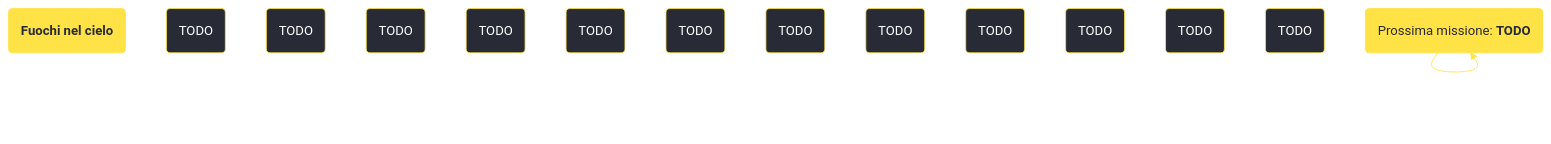
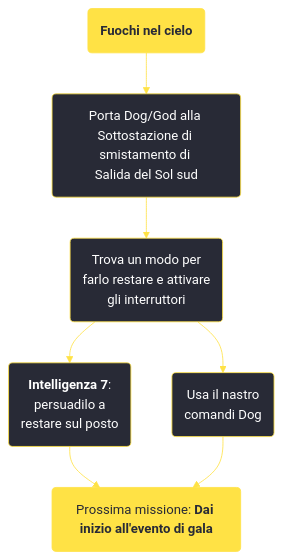
The diagram in content/voci/fallout new vegas/missioni/Fuochi nel cielo.md (persy/wastelander), drawn with Mermaid before and after one commit. The commit also changed 174 other files, not shown here.

````diff
--- a/content/voci/fallout new vegas/missioni/Fuochi nel cielo.md
+++ b/content/voci/fallout new vegas/missioni/Fuochi nel cielo.md
@@ -32,24 +32,15 @@
 ```mermaid
 %%{init: {'theme': 'base', 'themeVariables': { 'primaryColor': '#282a36', 'primaryBorderColor': '#ffe245', 'primaryTextColor': '#fff', 'lineColor': '#ffe245', 'fontFamily': 'Jura'}}}%%
 graph TD;
     id1(<b>Fuochi nel cielo</b>):::questfnv
-    id2(TODO)
-    id3(TODO)
-    id4(TODO)
-    id5(TODO)
-    id6(TODO)
-    id7(TODO) 
-    id8(TODO)
-    id9(TODO)
-    id10(TODO)
-    id11(TODO)
-    id12(TODO)
-    id13(TODO) 
-    id(TODO):::rewardfnv
-    id(Prossima missione: <b>TODO</b>):::questfnv
-    id-->id-->id-->id-->id-->id-->id
+    id2(Porta Dog/God alla <br />Sottostazione di smistamento di <br />Salida del Sol sud)
+    id3(Trova un modo per <br />farlo restare e attivare <br />gli interruttori)
+    id4(<b>Intelligenza 7</b>: <br />persuadilo a <br />restare sul posto)
+    id5(Usa il nastro <br />comandi Dog)
+    id6(Prossima missione: <b>Dai inizio all'evento di gala</b>):::questfnv
+    id1-->id2-->id3-->id4 & id5-->id6
     
-    click id "../TODO"
+    
     classDef rewardfnv fill:#ffe245, stroke:#ffe245, color:#282a36;
     classDef questfnv fill:#ffe245, stroke:#ffe245, color:#282a36;
 ```
````
